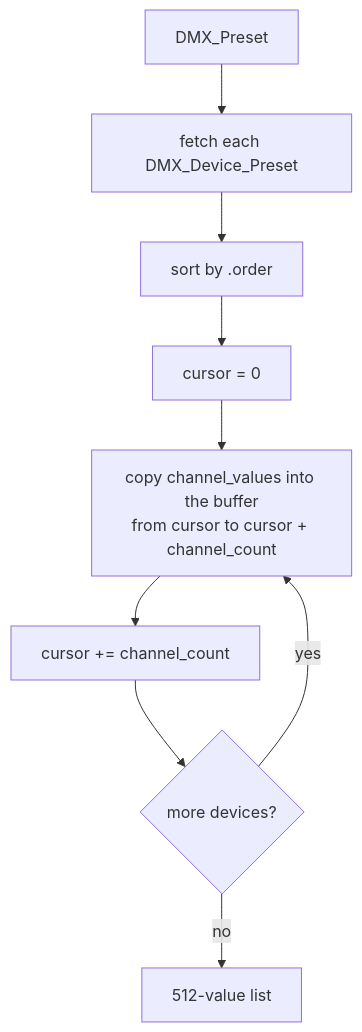
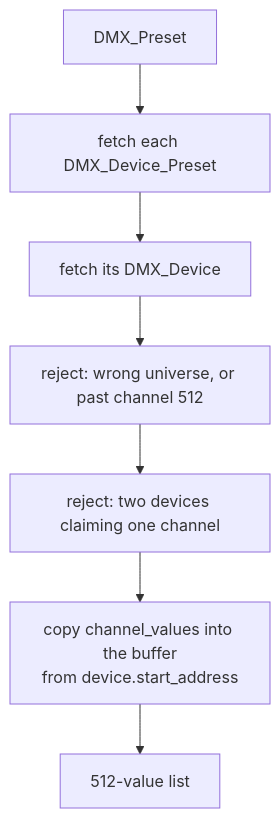
Before and after one commit to glane339/lightsappnew: the third of 10 diagrams in docs/architecture.md, drawn with Mermaid. The commit also changed other lines of this file and 23 other files, not shown here.

````diff
--- a/docs/architecture.md
+++ b/docs/architecture.md
@@ -209,11 +217,9 @@
 ```mermaid
 flowchart TD
     A["DMX_Preset"] --> B["fetch each DMX_Device_Preset"]
-    B --> C["sort by .order"]
-    C --> D["cursor = 0"]
-    D --> E["copy channel_values into the buffer<br/>from cursor to cursor + channel_count"]
-    E --> F["cursor += channel_count"]
-    F --> G{"more devices?"}
-    G -->|yes| E
-    G -->|no| H["512-value list"]
+    B --> C["fetch its DMX_Device"]
+    C --> D["reject: wrong universe, or past channel 512"]
+    D --> E["reject: two devices claiming one channel"]
+    E --> F["copy channel_values into the buffer<br/>from device.start_address"]
+    F --> G["512-value list"]
 ```
````
